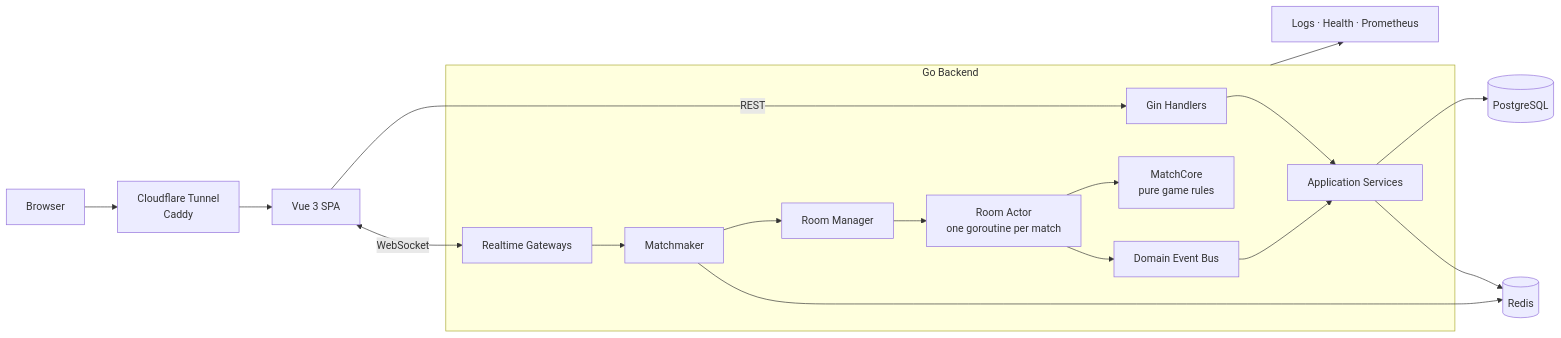
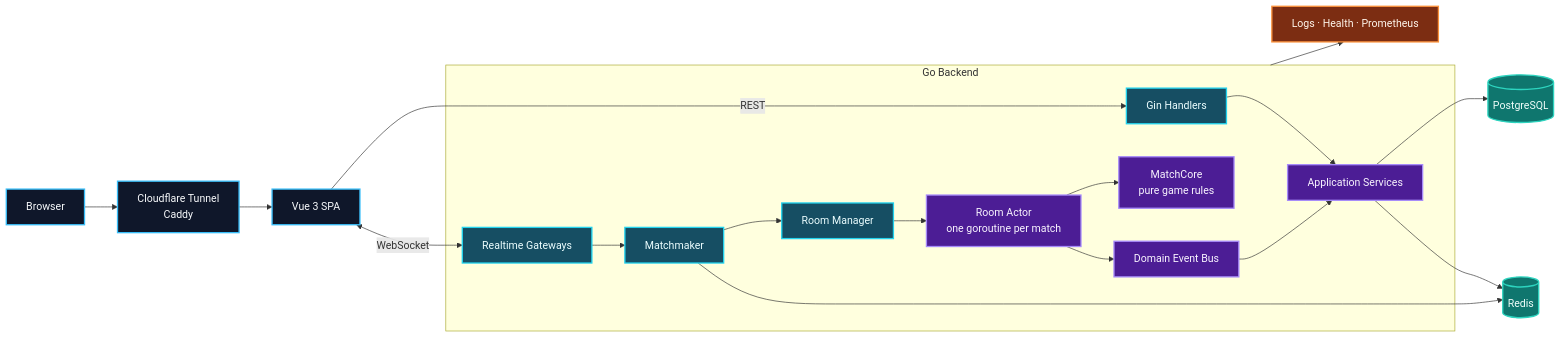
One commit to longtmb2003/longtmb2003 changed the first of 5 diagrams in README.md. Above: the diagram before and after it, drawn with Mermaid. The commit also changed other lines of this file and 2 other files, not shown here.

````diff
--- a/README.md
+++ b/README.md
@@ -68,22 +88,34 @@
 ```mermaid
 flowchart LR
     USER["Browser"] --> EDGE["Cloudflare Tunnel<br/>Caddy"]
     EDGE --> SPA["Vue 3 SPA"]
     SPA -->|REST| HTTP["Gin Handlers"]
     SPA <-->|WebSocket| WS["Realtime Gateways"]
 
     subgraph BACKEND["Go Backend"]
         HTTP --> SVC["Application Services"]
         WS --> MM["Matchmaker"]
         MM --> RM["Room Manager"]
         RM --> ROOM["Room Actor<br/>one goroutine per match"]
         ROOM --> CORE["MatchCore<br/>pure game rules"]
         ROOM --> BUS["Domain Event Bus"]
         BUS --> SVC
     end
 
     SVC --> PG[("PostgreSQL")]
     SVC --> REDIS[("Redis")]
     MM --> REDIS
     BACKEND --> OBS["Logs · Health · Prometheus"]
+
+    classDef edge fill:#0f172a,color:#f8fafc,stroke:#38bdf8,stroke-width:2px
+    classDef transport fill:#164e63,color:#ecfeff,stroke:#22d3ee,stroke-width:2px
+    classDef domain fill:#4c1d95,color:#faf5ff,stroke:#a78bfa,stroke-width:2px
+    classDef data fill:#0f766e,color:#f0fdfa,stroke:#2dd4bf,stroke-width:2px
+    classDef ops fill:#7c2d12,color:#fff7ed,stroke:#fb923c,stroke-width:2px
+
+    class USER,EDGE,SPA edge
+    class HTTP,WS,MM,RM transport
+    class ROOM,CORE,BUS,SVC domain
+    class PG,REDIS data
+    class OBS ops
 ```
````
